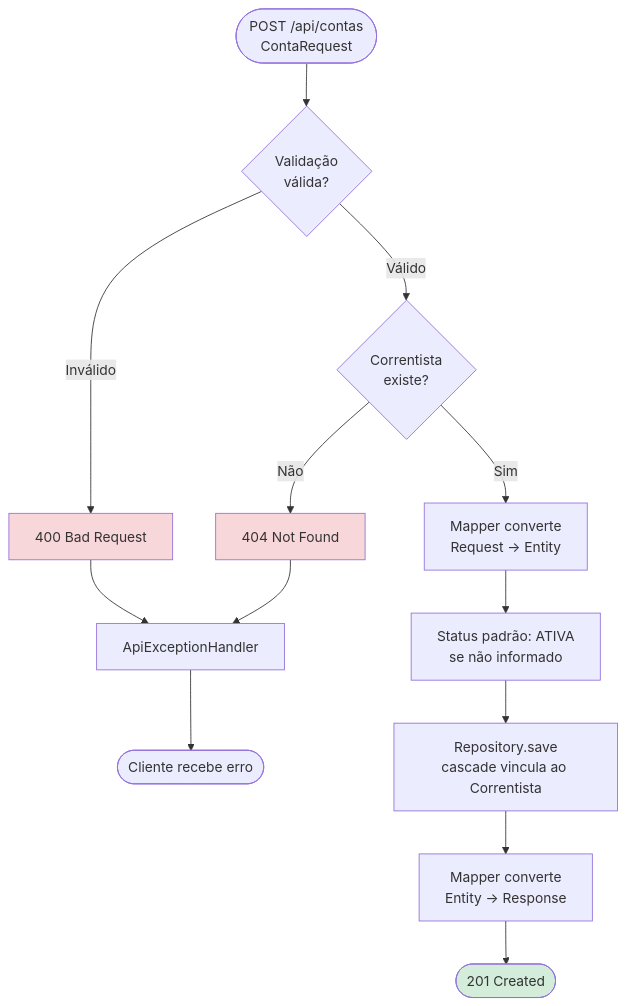
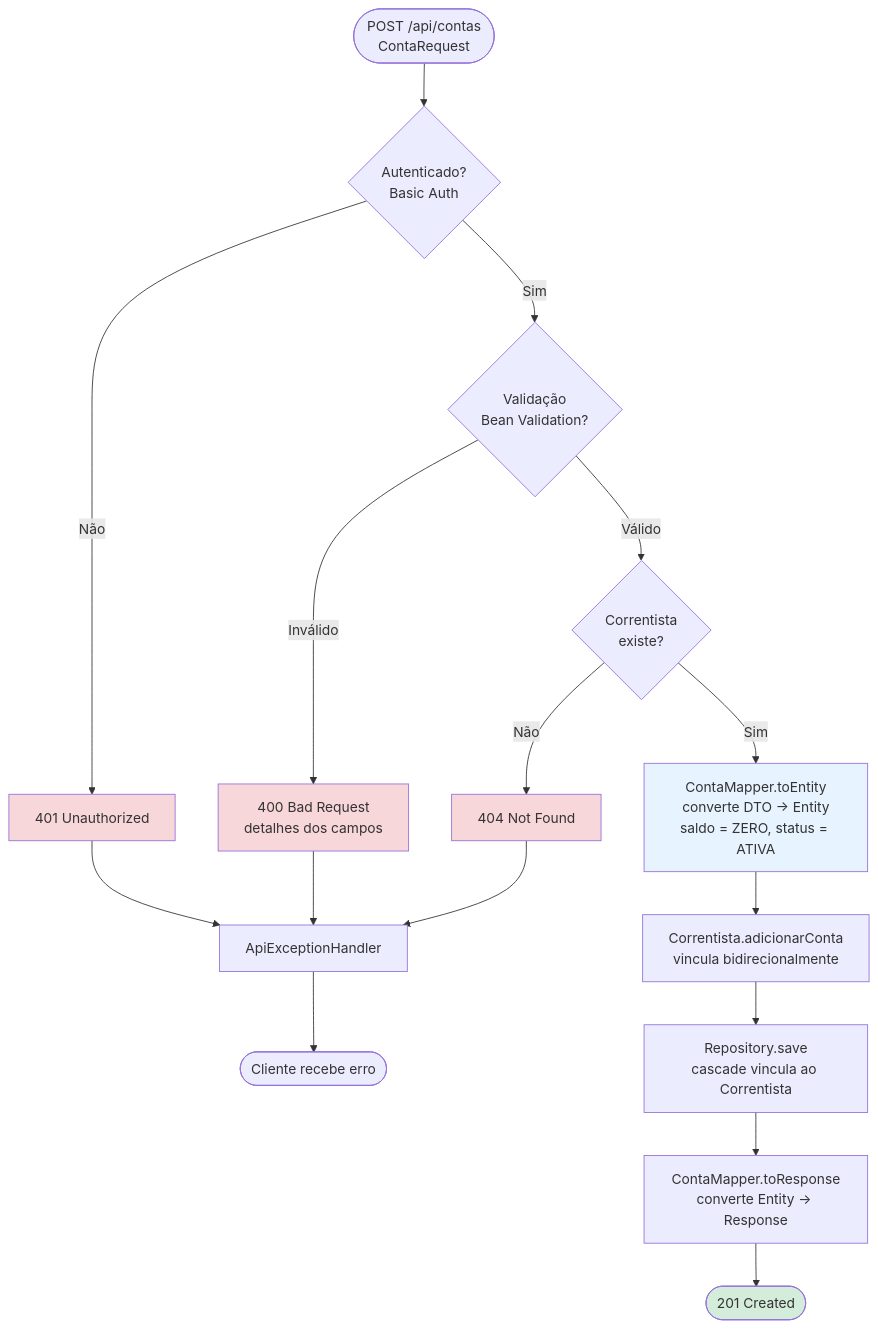
One commit to GeciaraBoava/teste-bv changed the sixth of 13 diagrams in fluxograma.md. Above: the diagram before and after it, drawn with Mermaid. The commit also changed other lines of this file and 2 other files, not shown here.

````diff
--- a/fluxograma.md
+++ b/fluxograma.md
@@ -176,24 +201,29 @@
 ```mermaid
 flowchart TD
-    START([POST /api/contas<br/>ContaRequest]) --> VALID{Validação<br/>válida?}
+    START([POST /api/contas<br/>ContaRequest]) --> AUTH{Autenticado?<br/>Basic Auth}
+    AUTH -->|Não| ERR401[401 Unauthorized]
+    AUTH -->|Sim| VALID{Validação<br/>Bean Validation?}
 
-    VALID -->|Inválido| ERR400[400 Bad Request]
+    VALID -->|Inválido| ERR400[400 Bad Request<br/>detalhes dos campos]
     VALID -->|Válido| FIND_CORR{Correntista<br/>existe?}
 
     FIND_CORR -->|Não| ERR404[404 Not Found]
-    FIND_CORR -->|Sim| MAP[Mapper converte<br/>Request → Entity]
+    FIND_CORR -->|Sim| MAP[ContaMapper.toEntity<br/>converte DTO → Entity<br/>saldo = ZERO, status = ATIVA]
 
-    MAP --> DEF[Status padrão: ATIVA<br/>se não informado]
-    DEF --> SAVE[Repository.save<br/>cascade vincula ao Correntista]
+    MAP --> VINC[Correntista.adicionarConta<br/>vincula bidirecionalmente]
 
-    SAVE --> RSP[Mapper converte<br/>Entity → Response]
+    VINC --> SAVE[Repository.save<br/>cascade vincula ao Correntista]
+    SAVE --> RSP[ContaMapper.toResponse<br/>converte Entity → Response]
     RSP --> OK([201 Created])
 
-    ERR400 --> HANDLER[ApiExceptionHandler]
+    ERR401 --> HANDLER[ApiExceptionHandler]
+    ERR400 --> HANDLER
     ERR404 --> HANDLER
     HANDLER --> CLIENT([Cliente recebe erro])
 
+    style ERR401 fill:#f8d7da
     style ERR400 fill:#f8d7da
     style ERR404 fill:#f8d7da
     style OK fill:#d4edda
+    style MAP fill:#e7f3ff
 ```
````
